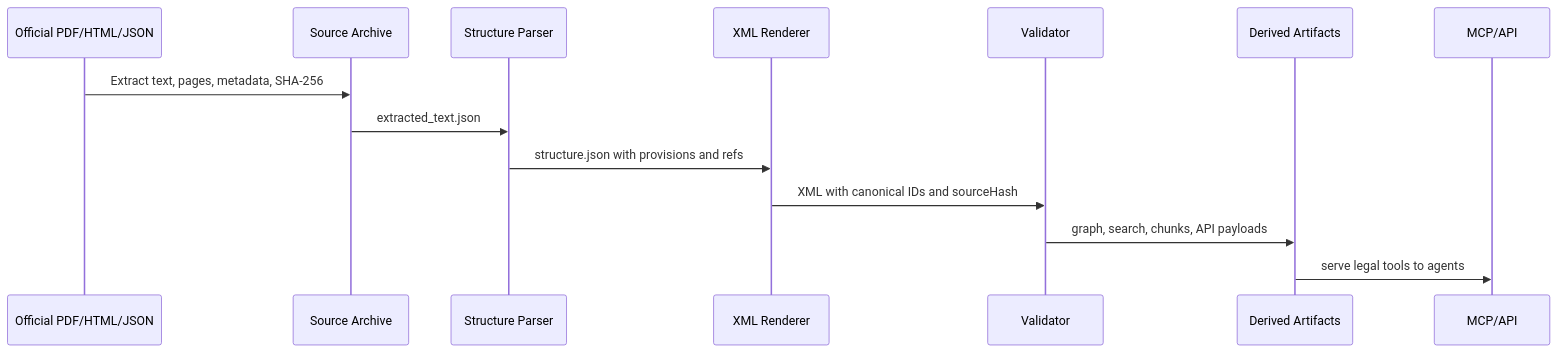
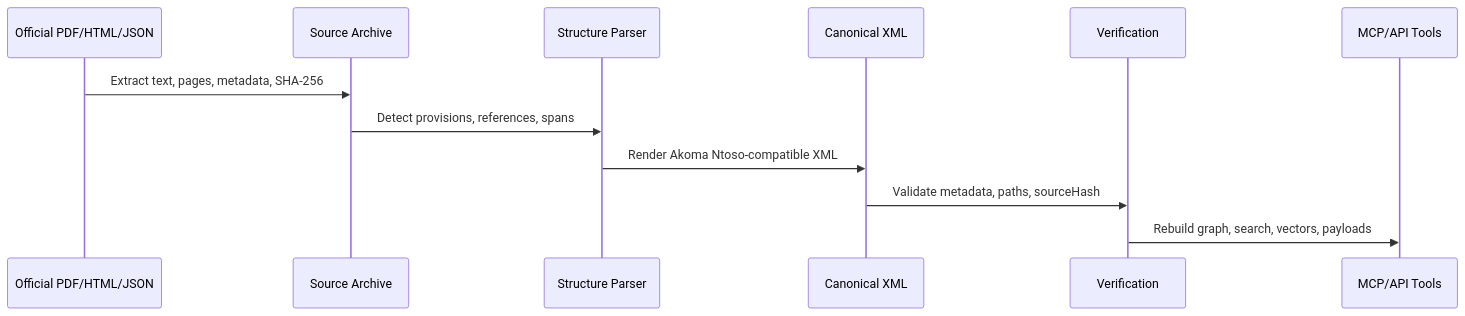
Before and after one commit to shikharpant/nyaya-ledger: the second of 2 diagrams in README.md, drawn with Mermaid. The commit also changed other lines of this file, not shown here.

````diff
--- a/README.md
+++ b/README.md
@@ -301,17 +341,15 @@
 ```mermaid
 sequenceDiagram
     participant Source as Official PDF/HTML/JSON
     participant Archive as Source Archive
     participant Parser as Structure Parser
-    participant Renderer as XML Renderer
-    participant Validator as Validator
-    participant Derived as Derived Artifacts
-    participant MCP as MCP/API
+    participant XML as Canonical XML
+    participant Verify as Verification
+    participant Tools as MCP/API Tools
 
     Source->>Archive: Extract text, pages, metadata, SHA-256
-    Archive->>Parser: extracted_text.json
-    Parser->>Renderer: structure.json with provisions and refs
-    Renderer->>Validator: XML with canonical IDs and sourceHash
-    Validator->>Derived: graph, search, chunks, API payloads
-    Derived->>MCP: serve legal tools to agents
+    Archive->>Parser: Detect provisions, references, spans
+    Parser->>XML: Render Akoma Ntoso-compatible XML
+    XML->>Verify: Validate metadata, paths, sourceHash
+    Verify->>Tools: Rebuild graph, search, vectors, payloads
 ```
````
